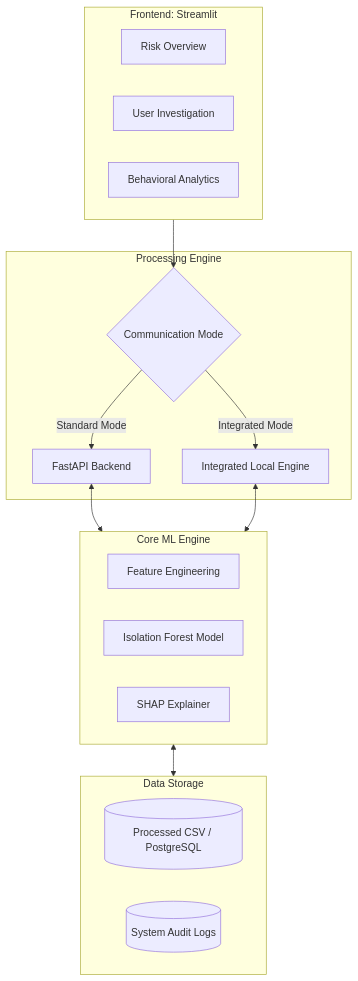
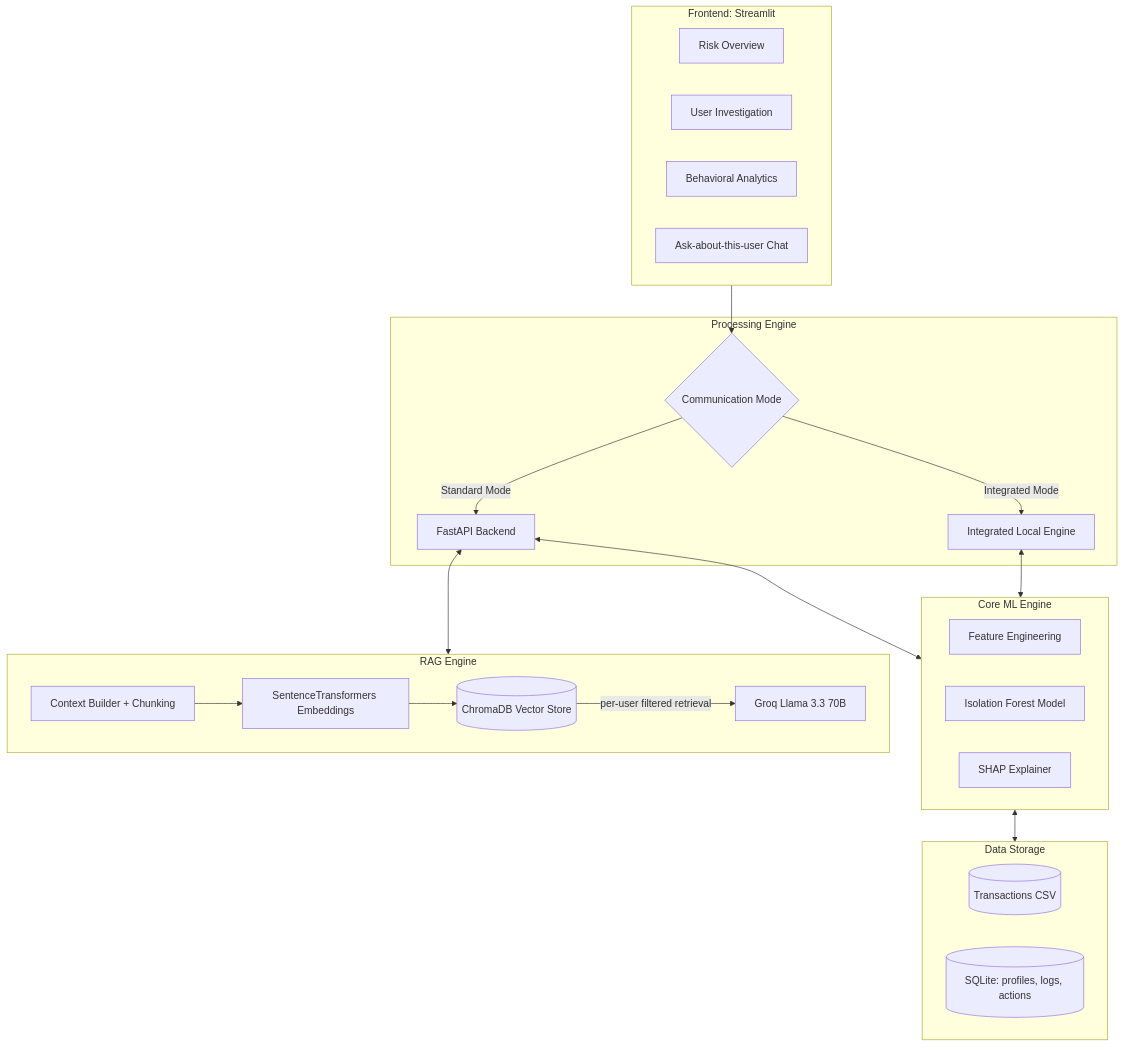
The first of 2 diagrams in README.md (sunny5491/Fraud-Detection-Dashboard), drawn with Mermaid before and after one commit. The commit also changed other lines of this file, not shown here.

Commit message:
update README with RAG assistant, evaluation results and dataset docs

````diff
--- a/README.md
+++ b/README.md
@@ -41,31 +42,42 @@
 ```mermaid
 graph TD
     subgraph Client_Layer [Frontend: Streamlit]
         A[Risk Overview]
         B[User Investigation]
         C[Behavioral Analytics]
+        Q[Ask-about-this-user Chat]
     end
 
     subgraph Logic_Layer [Processing Engine]
         D{Communication Mode}
         E[FastAPI Backend]
         F[Integrated Local Engine]
     end
 
     subgraph ML_Layer [Core ML Engine]
         G[Feature Engineering]
         H[Isolation Forest Model]
         I[SHAP Explainer]
     end
 
+    subgraph RAG_Layer [RAG Engine]
+        R1[Context Builder + Chunking]
+        R2[SentenceTransformers Embeddings]
+        R3[(ChromaDB Vector Store)]
+        R4[Groq Llama 3.3 70B]
+    end
+
     subgraph Data_Layer [Data Storage]
-        J[(Processed CSV / PostgreSQL)]
-        K[(System Audit Logs)]
+        J[(Transactions CSV)]
+        K[(SQLite: profiles, logs, actions)]
     end
 
     Client_Layer --> D
     D -->|Standard Mode| E
     D -->|Integrated Mode| F
     E & F <--> ML_Layer
+    E <--> RAG_Layer
+    R1 --> R2 --> R3
+    R3 -->|per-user filtered retrieval| R4
     ML_Layer <--> Data_Layer
 ```
````
